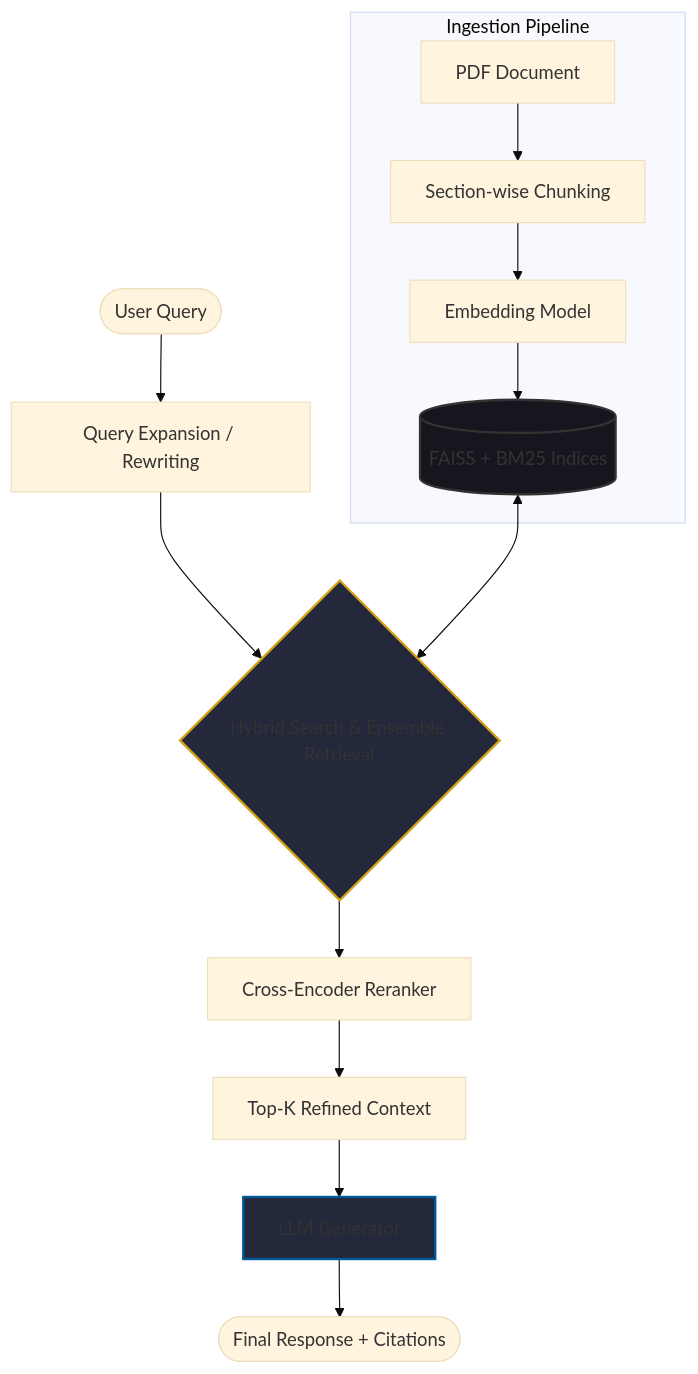
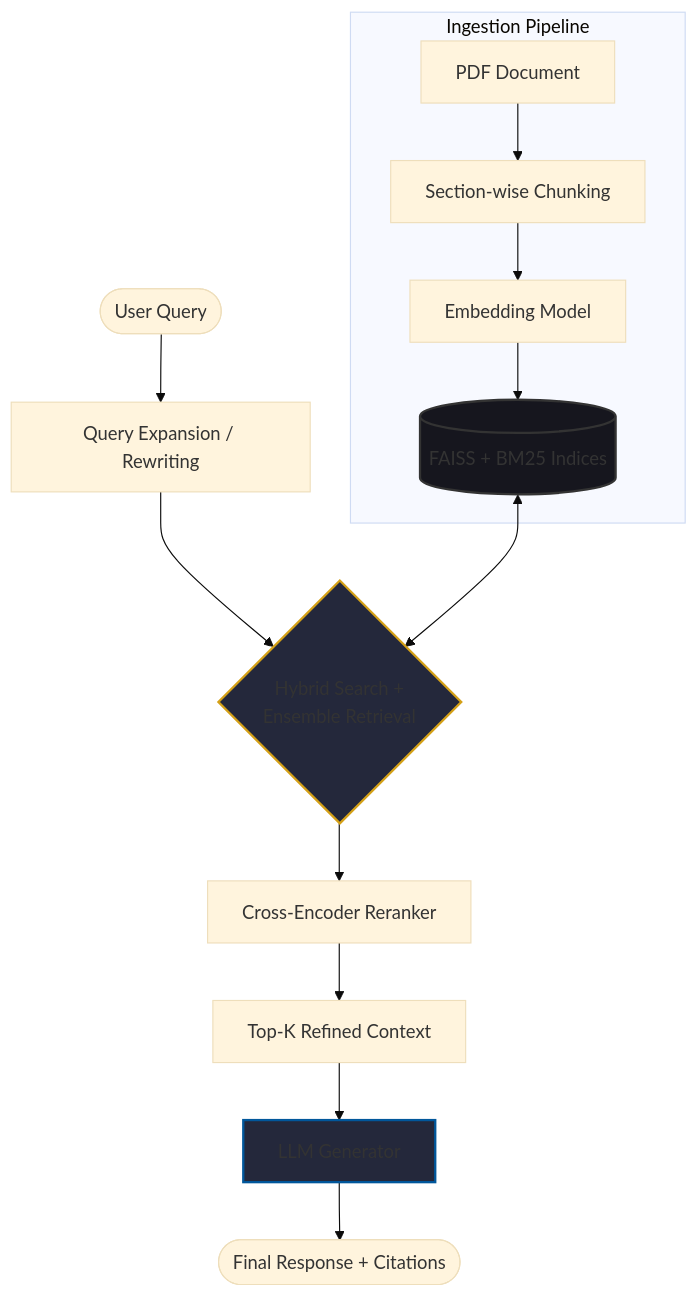
The diagram in README.md (abdulbari80/Advanced-RAG-Chatbot-with-Hybrid-Search-and-Reranker), drawn with Mermaid (base theme) before and after one commit.

Commit message:
README is refined

````diff
--- a/README.md
+++ b/README.md
@@ -2,27 +2,27 @@
 ```mermaid
 graph TD
     %% Define the Ingestion Flow
     subgraph Ingestion_Pipeline [Ingestion Pipeline]
         Docs[PDF Document] --> Chunking[Section-wise Chunking]
         Chunking --> Embed[Embedding Model]
         Embed --> VDB[(FAISS + BM25 Indices)]
     end
 
     %% Define the Retrieval Flow
     User([User Query]) --> Rewrite[Query Expansion / Rewriting]
-    Rewrite --> Retrieval{Hybrid Search & Ensemble Retrieval}
+    Rewrite --> Retrieval{Hybrid Search +<br/>Ensemble Retrieval}
     
     VDB <--> Retrieval
     
     Retrieval --> Rerank[Cross-Encoder Reranker]
     Rerank --> Context[Top-K Refined Context]
     
     %% Define the Generation Flow
     Context --> LLM[LLM Generator]
     LLM --> Out([Final Response + Citations])
 
     %% Professional Styling
     style VDB fill:#16161e,stroke:#333,stroke-width:2px
     style Retrieval fill:#24283b,stroke:#d4a017,stroke-width:2px
     style LLM fill:#24283b,stroke:#01579b,stroke-width:2px
 ```
````
